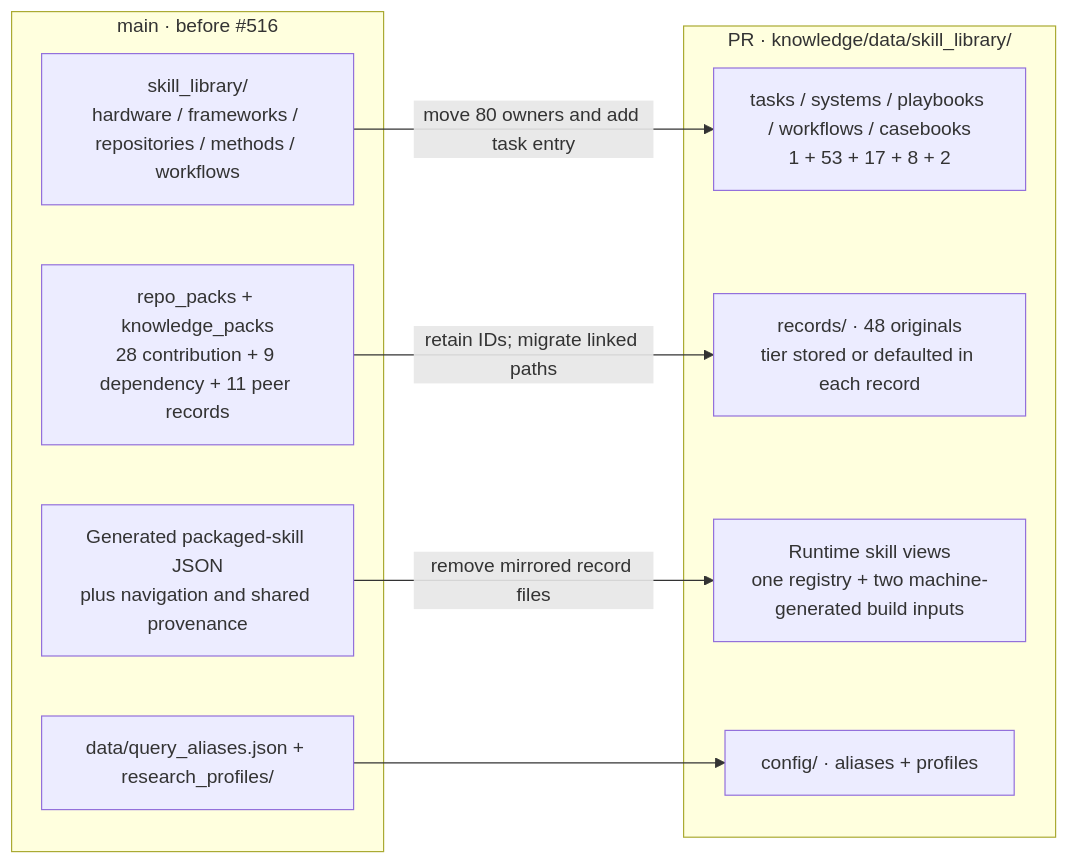
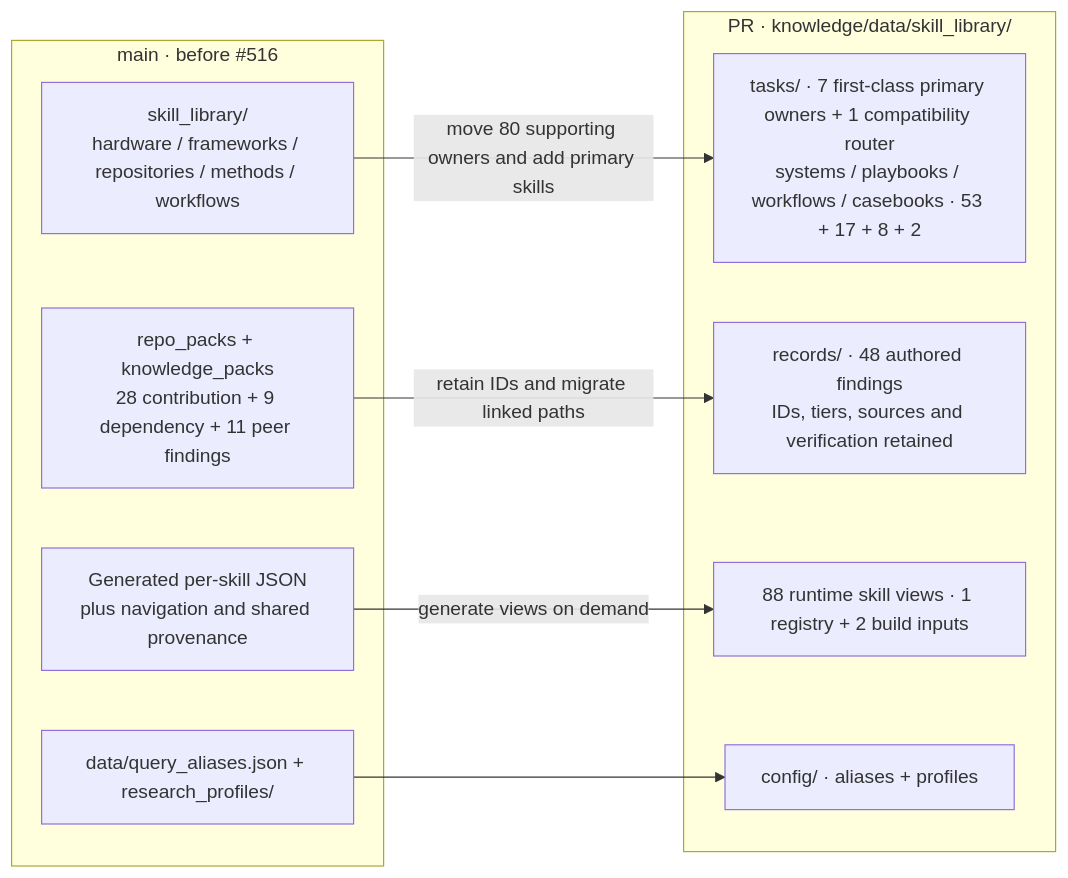
Before and after one commit to InferMatrixLab/InferRSI: the fourth of 4 diagrams in docs/knowledge-layout.md, drawn with Mermaid. The commit also changed other lines of this file and 35 other files, not shown here.

Commit message:
Load the primary inference procedure before searching supporting evidence

````diff
--- a/docs/knowledge-layout.md
+++ b/docs/knowledge-layout.md
@@ -63,19 +67,19 @@
 ```mermaid
 flowchart LR
     subgraph OLD["main · before #516"]
         A["skill_library/<br/>hardware / frameworks / repositories / methods / workflows"]
-        B["repo_packs + knowledge_packs<br/>28 contribution + 9 dependency + 11 peer records"]
-        C["Generated packaged-skill JSON<br/>plus navigation and shared provenance"]
+        B["repo_packs + knowledge_packs<br/>28 contribution + 9 dependency + 11 peer findings"]
+        C["Generated per-skill JSON<br/>plus navigation and shared provenance"]
         D["data/query_aliases.json + research_profiles/"]
     end
     subgraph NEW["PR · knowledge/data/skill_library/"]
-        N["tasks / systems / playbooks / workflows / casebooks<br/>1 + 53 + 17 + 8 + 2"]
-        R["records/ · 48 originals<br/>tier stored or defaulted in each record"]
-        V["Runtime skill views<br/>one registry + two machine-generated build inputs"]
+        N["tasks/ · 7 first-class primary owners + 1 compatibility router<br/>systems / playbooks / workflows / casebooks · 53 + 17 + 8 + 2"]
+        R["records/ · 48 authored findings<br/>IDs, tiers, sources and verification retained"]
+        V["88 runtime skill views · 1 registry + 2 build inputs"]
         P["config/ · aliases + profiles"]
     end
-    A -->|move 80 owners and add task entry| N
-    B -->|retain IDs; migrate linked paths| R
-    C -->|remove mirrored record files| V
+    A -->|move 80 supporting owners and add primary skills| N
+    B -->|retain IDs and migrate linked paths| R
+    C -->|generate views on demand| V
     D --> P
 ```
````
